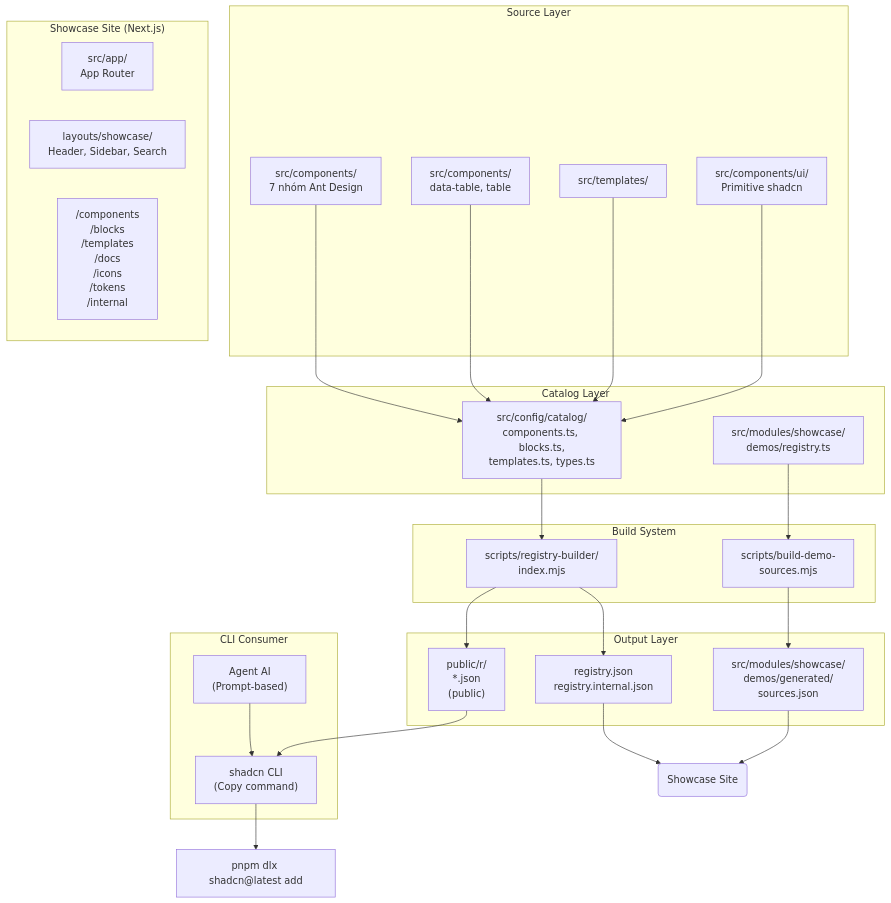
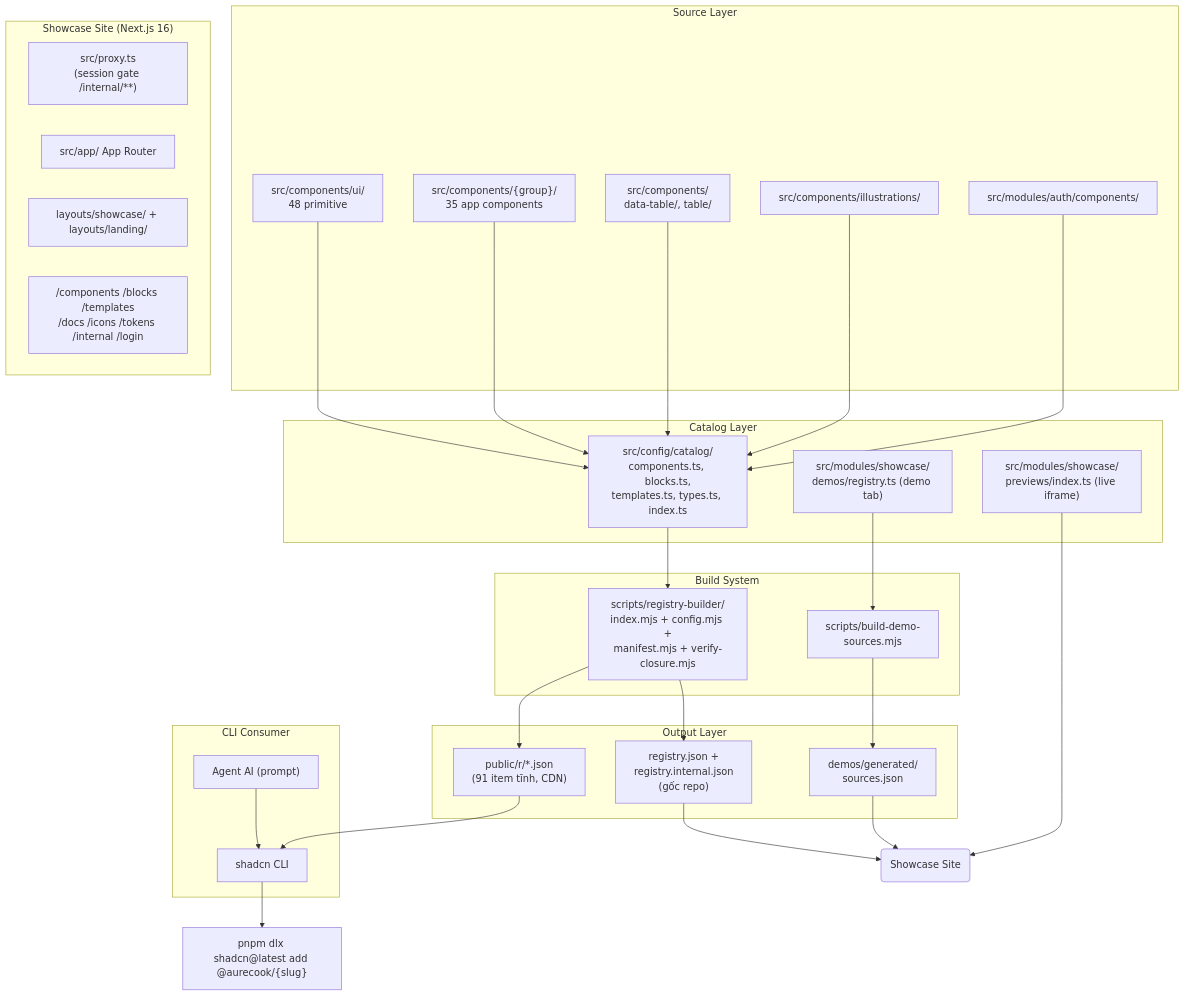
Before and after one commit to lelinh014756/Lnh-Design: the diagram in docs/system-architecture.md, drawn with Mermaid. The commit also changed other lines of this file and 8 other files, not shown here.

````diff
--- a/docs/system-architecture.md
+++ b/docs/system-architecture.md
@@ -22,54 +21,59 @@
 ```mermaid
 graph TB
     subgraph "Source Layer"
-        Components["src/components/\n7 nhóm Ant Design"]
-        Blocks["src/components/\ndata-table, table"]
-        Templates["src/templates/"]
-        UI["src/components/ui/\nPrimitive shadcn"]
+        Primitives["src/components/ui/\n48 primitive"]
+        AppComponents["src/components/{group}/\n35 app components"]
+        BlocksSrc["src/components/\ndata-table/, table/"]
+        Illustrations["src/components/illustrations/"]
+        AuthBlock["src/modules/auth/components/"]
     end
 
     subgraph "Catalog Layer"
-        CatalogConfig["src/config/catalog/\ncomponents.ts, blocks.ts,\ntemplates.ts, types.ts"]
-        DemoRegistry["src/modules/showcase/\ndemos/registry.ts"]
+        CatalogConfig["src/config/catalog/\ncomponents.ts, blocks.ts,\ntemplates.ts, types.ts, index.ts"]
+        DemoRegistry["src/modules/showcase/\ndemos/registry.ts (demo tab)"]
+        PreviewRegistry["src/modules/showcase/\npreviews/index.ts (live iframe)"]
     end
 
     subgraph "Build System"
-        RegistryBuilder["scripts/registry-builder/\nindex.mjs"]
+        RegistryBuilder["scripts/registry-builder/\nindex.mjs + config.mjs +\nmanifest.mjs + verify-closure.mjs"]
         DemoBuilder["scripts/build-demo-\nsources.mjs"]
     end
 
     subgraph "Output Layer"
-        PublicRegistry["public/r/\n*.json\n(public)"]
-        RegistryJSON["registry.json\nregistry.internal.json"]
-        DemoSources["src/modules/showcase/\ndemos/generated/\nsources.json"]
+        PublicR["public/r/*.json\n(91 item tĩnh, CDN)"]
+        RegistryJSON["registry.json +\nregistry.internal.json\n(gốc repo)"]
+        DemoSources["demos/generated/\nsources.json"]
     end
 
-    subgraph "Showcase Site (Next.js)"
-        AppRouter["src/app/\nApp Router"]
-        Shell["layouts/showcase/\nHeader, Sidebar, Search"]
-        Pages["/components\n/blocks\n/templates\n/docs\n/icons\n/tokens\n/internal"]
+    subgraph "Showcase Site (Next.js 16)"
+        Proxy["src/proxy.ts\n(session gate /internal/**)"]
+        AppRouter["src/app/ App Router"]
+        Shell["layouts/showcase/ + layouts/landing/"]
+        Pages["/components /blocks /templates\n/docs /icons /tokens /internal /login"]
     end
 
     subgraph "CLI Consumer"
-        ShadcnCLI["shadcn CLI\n(Copy command)"]
-        AgentAI["Agent AI\n(Prompt-based)"]
+        ShadcnCLI["shadcn CLI"]
+        AgentAI["Agent AI (prompt)"]
     end
 
-    Components --> CatalogConfig
-    Blocks --> CatalogConfig
-    Templates --> CatalogConfig
-    UI --> CatalogConfig
+    Primitives --> CatalogConfig
+    AppComponents --> CatalogConfig
+    BlocksSrc --> CatalogConfig
+    Illustrations --> CatalogConfig
+    AuthBlock --> CatalogConfig
     CatalogConfig --> RegistryBuilder
     DemoRegistry --> DemoBuilder
 
-    RegistryBuilder --> PublicRegistry
+    RegistryBuilder --> PublicR
     RegistryBuilder --> RegistryJSON
     DemoBuilder --> DemoSources
 
-    PublicRegistry --> ShadcnCLI
+    PublicR --> ShadcnCLI
     RegistryJSON --> Showcase("Showcase Site")
     DemoSources --> Showcase
+    PreviewRegistry --> Showcase
 
-    ShadcnCLI --> Install["pnpm dlx shadcn@latest add"]
+    ShadcnCLI --> Install["pnpm dlx shadcn@latest add @aurecook/{slug}"]
     AgentAI --> ShadcnCLI
 ```
````
